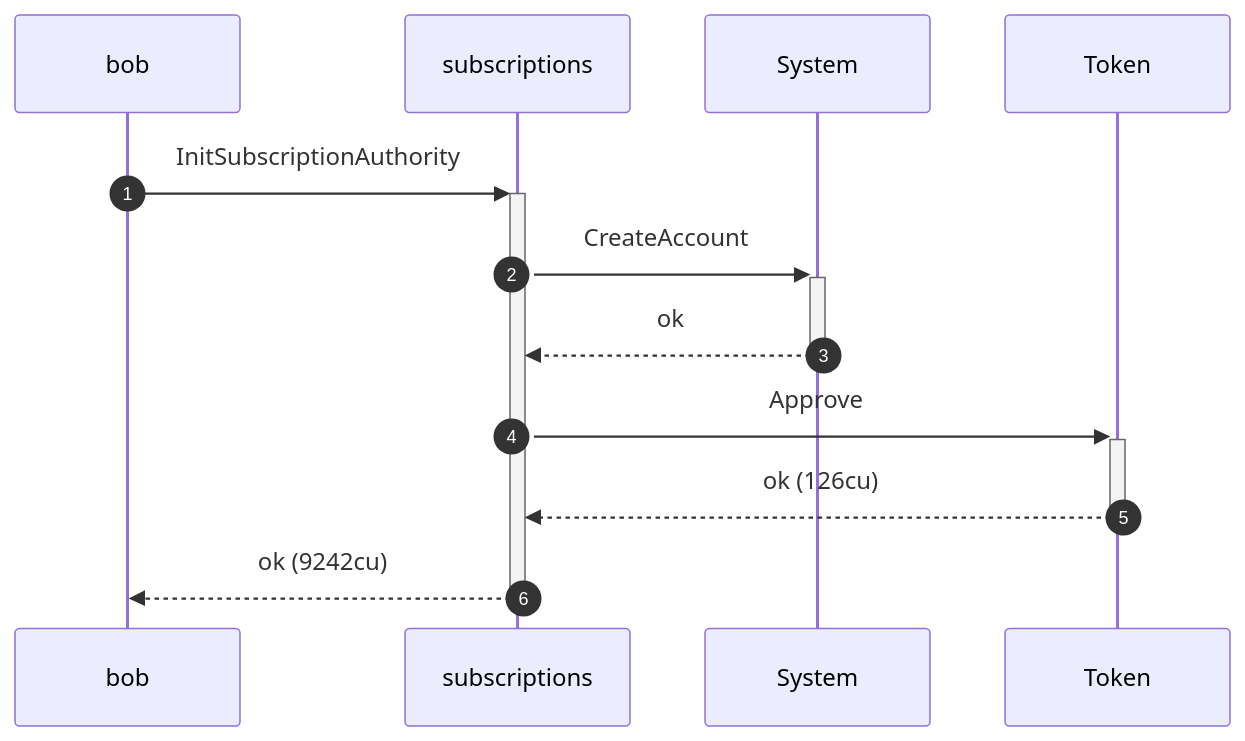
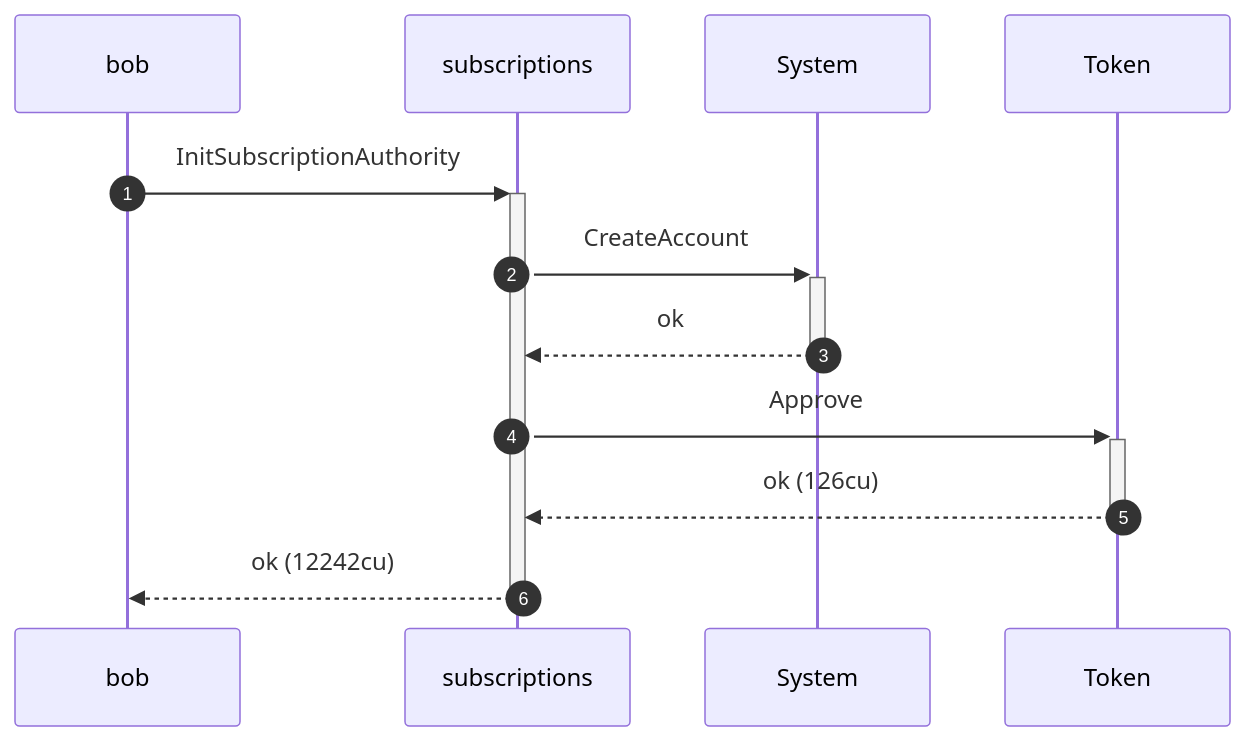
One commit to cds-rs/subscriptions changed the tenth of 16 diagrams in dsl_tests/fixed-transfer-delegator-mismatch-exploit-is-blocked.md. Above: the diagram before and after it, drawn with Mermaid. The commit also changed other lines of this file and 224 other files, not shown here.

````diff
--- a/dsl_tests/fixed-transfer-delegator-mismatch-exploit-is-blocked.md
+++ b/dsl_tests/fixed-transfer-delegator-mismatch-exploit-is-blocked.md
@@ -194,14 +203,14 @@
 ```mermaid
 sequenceDiagram
     autonumber
     participant bob
     participant subscriptions
     participant System
     participant Token
     bob ->>+ subscriptions: InitSubscriptionAuthority
     subscriptions ->>+ System: CreateAccount
     System -->>- subscriptions: ok
     subscriptions ->>+ Token: Approve
     Token -->>- subscriptions: ok (126cu)
-    subscriptions -->>- bob: ok (9242cu)
+    subscriptions -->>- bob: ok (12242cu)
 ```
````
